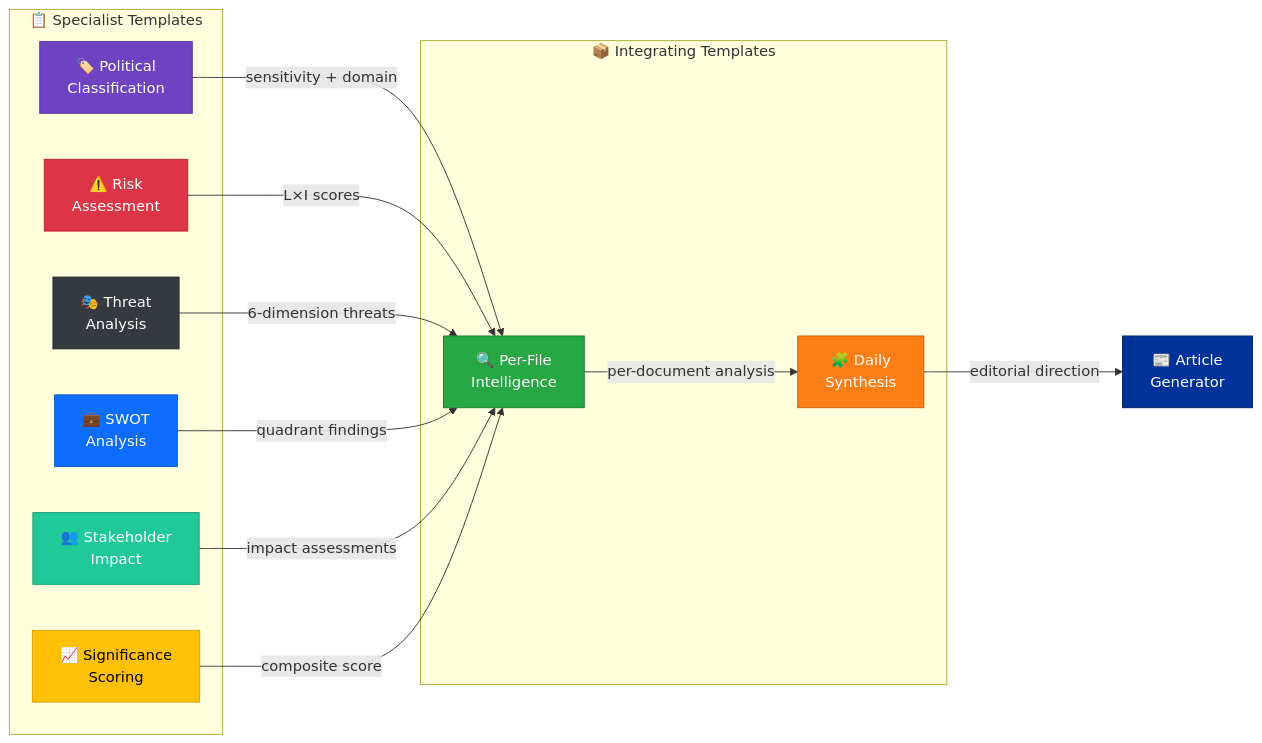
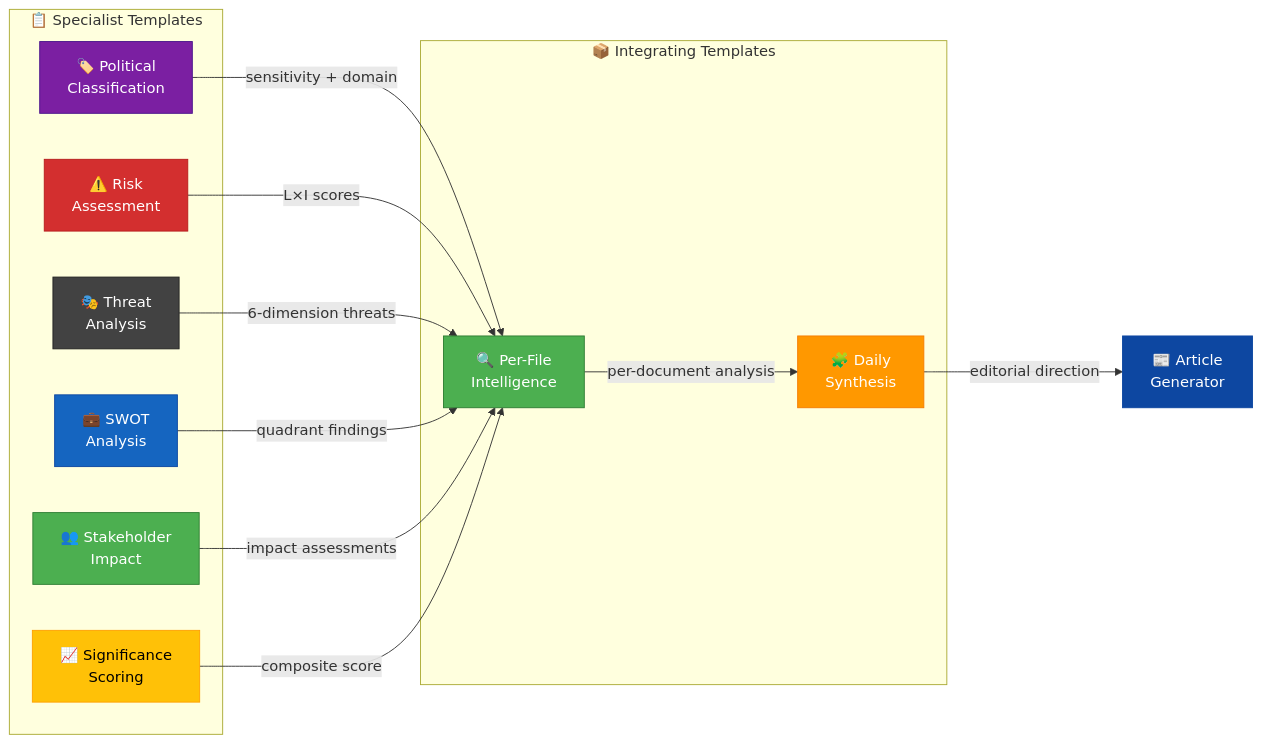
One commit to Hack23/riksdagsmonitor changed the second of 9 diagrams in analysis/templates/README.md. Above: the diagram before and after it, drawn with Mermaid. The commit also changed other lines of this file and 14 other files, not shown here.

First line of the commit message:
Align analysis/ mermaid diagrams with ISMS Style Guide palette and convert SWOT to quadrantChart

````diff
--- a/analysis/templates/README.md
+++ b/analysis/templates/README.md
@@ -191,36 +191,36 @@
 ```mermaid
 graph LR
     subgraph "📋 Specialist Templates"
         CLS["🏷️ Political<br/>Classification"]
         RSK["⚠️ Risk<br/>Assessment"]
         THR["🎭 Threat<br/>Analysis"]
         SWT["💼 SWOT<br/>Analysis"]
         STK["👥 Stakeholder<br/>Impact"]
         SIG["📈 Significance<br/>Scoring"]
     end
 
     subgraph "📦 Integrating Templates"
         PFI["🔍 Per-File<br/>Intelligence"]
         SYN["🧩 Daily<br/>Synthesis"]
     end
 
     CLS -->|"sensitivity + domain"| PFI
     RSK -->|"L×I scores"| PFI
     THR -->|"6-dimension threats"| PFI
     SWT -->|"quadrant findings"| PFI
     STK -->|"impact assessments"| PFI
     SIG -->|"composite score"| PFI
 
     PFI -->|"per-document analysis"| SYN
     SYN -->|"editorial direction"| ART["📰 Article<br/>Generator"]
 
-    style CLS fill:#6f42c1,color:#fff,stroke:#59359a
-    style RSK fill:#dc3545,color:#fff,stroke:#bd2130
-    style THR fill:#343a40,color:#fff,stroke:#23272b
-    style SWT fill:#0d6efd,color:#fff,stroke:#0a58ca
-    style STK fill:#20c997,color:#fff,stroke:#199d76
-    style SIG fill:#ffc107,color:#000,stroke:#d39e00
-    style PFI fill:#28a745,color:#fff,stroke:#1e7e34
-    style SYN fill:#fd7e14,color:#fff,stroke:#c96009
-    style ART fill:#003399,color:#fff,stroke:#002266
+    style CLS fill:#7B1FA2,color:#FFFFFF,stroke:#4A148C
+    style RSK fill:#D32F2F,color:#FFFFFF,stroke:#B71C1C
+    style THR fill:#424242,color:#FFFFFF,stroke:#212121
+    style SWT fill:#1565C0,color:#FFFFFF,stroke:#0D47A1
+    style STK fill:#4CAF50,color:#FFFFFF,stroke:#2E7D32
+    style SIG fill:#FFC107,color:#000000,stroke:#FFA000
+    style PFI fill:#4CAF50,color:#FFFFFF,stroke:#2E7D32
+    style SYN fill:#FF9800,color:#FFFFFF,stroke:#F57C00
+    style ART fill:#0D47A1,color:#FFFFFF,stroke:#0D47A1
 ```
````
